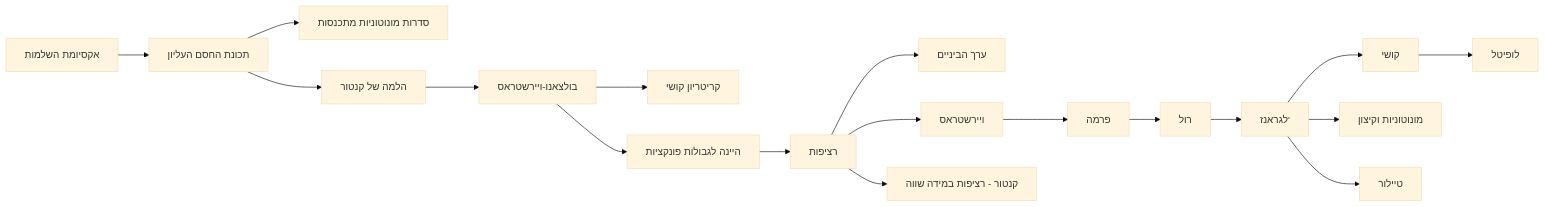
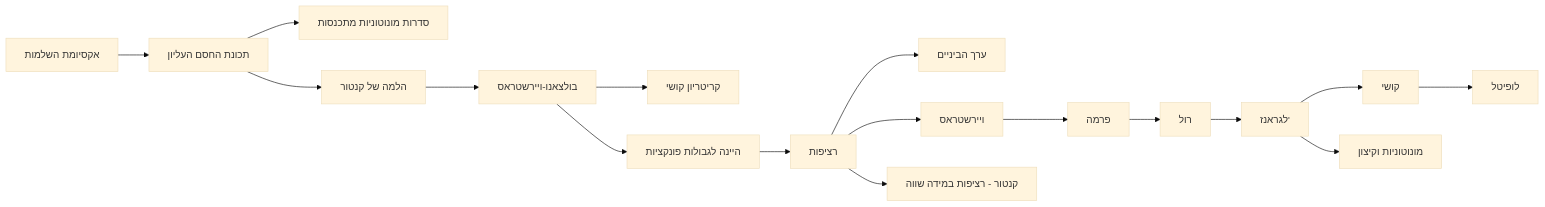
One commit to Moshiko-Sarig/Calc1-The-Open-University changed the diagram in חשבון אינפיסימטלי 1/00 - מרכז הכספת/מפת תלות משפטים - אינפי 1.md. Above: the diagram before and after it, drawn with Mermaid (base theme). The commit also changed other lines of this file and 58 other files, not shown here.

````diff
--- a/חשבון אינפיסימטלי 1/00 - מרכז הכספת/מפת תלות משפטים - אינפי 1.md
+++ b/חשבון אינפיסימטלי 1/00 - מרכז הכספת/מפת תלות משפטים - אינפי 1.md
@@ -14,20 +12,19 @@
 ```mermaid
 flowchart LR
     R["אקסיומת השלמות"] --> S["תכונת החסם העליון"]
     S --> M["סדרות מונוטוניות מתכנסות"]
     S --> K["הלמה של קנטור"]
     K --> BW["בולצאנו-ויירשטראס"]
     BW --> C["קריטריון קושי"]
     BW --> H["היינה לגבולות פונקציות"]
     H --> CON["רציפות"]
     CON --> IVT["ערך הביניים"]
     CON --> W["ויירשטראס"]
     CON --> UC["קנטור - רציפות במידה שווה"]
     W --> F["פרמה"]
     F --> ROL["רול"]
     ROL --> MVT["לגראנז'"]
     MVT --> CMVT["קושי"]
     CMVT --> LH["לופיטל"]
     MVT --> MON["מונוטוניות וקיצון"]
-    MVT --> TAY["טיילור"]
 ```
````
